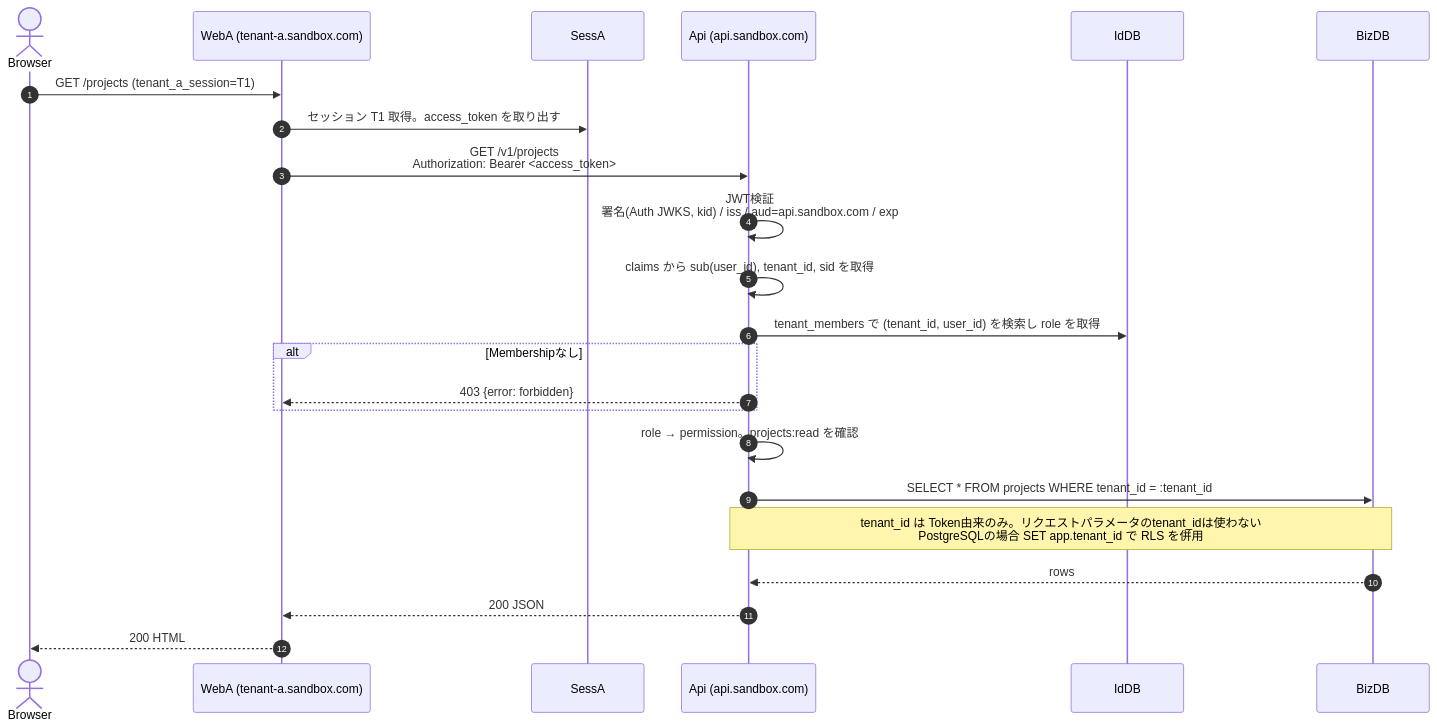
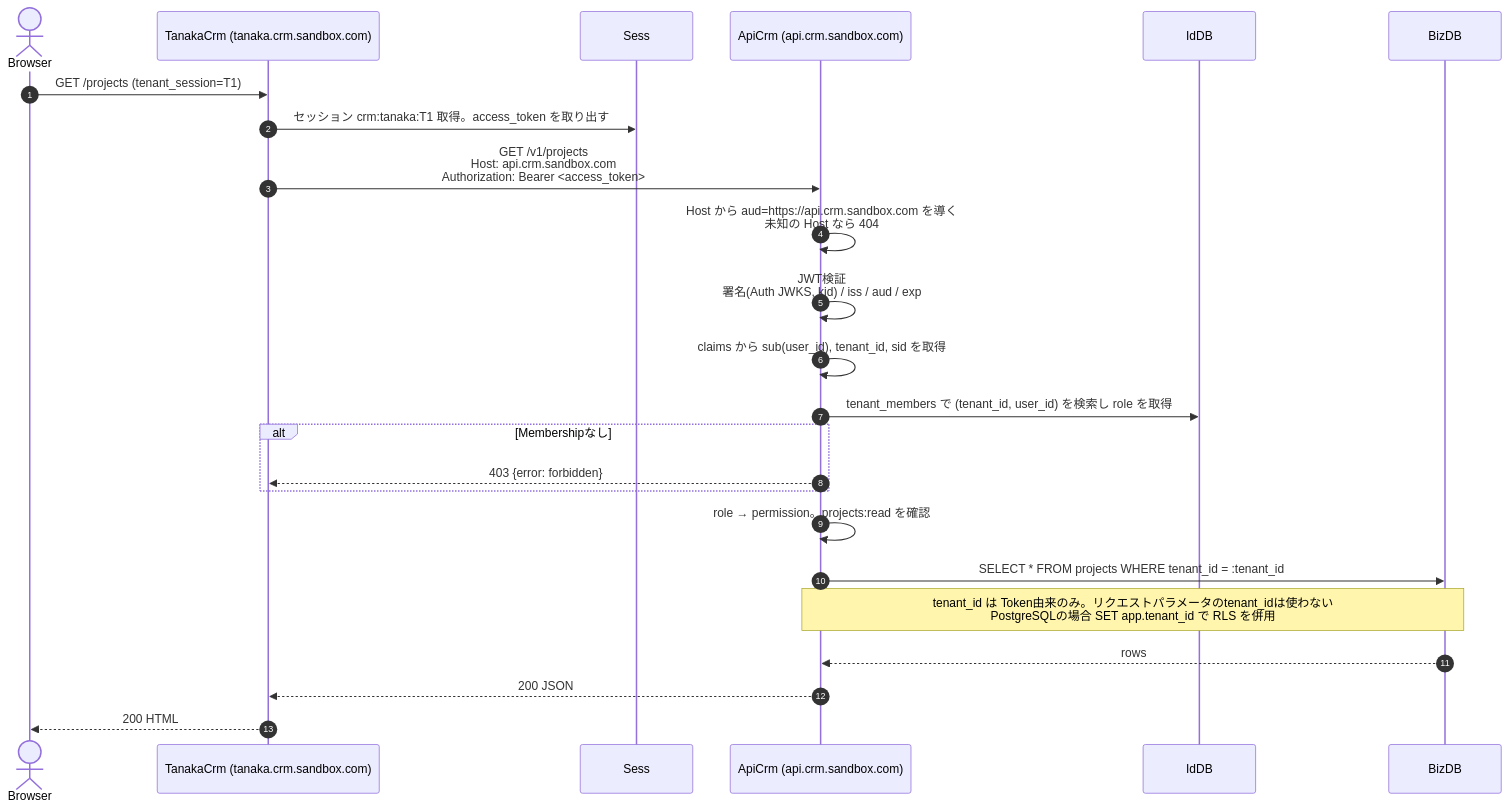
The eighth of 15 diagrams in docs/design/02-auth-sequences.md (daisuke-tanabe/multi-domain-sandbox), drawn with Mermaid before and after one commit. The commit also changed other lines of this file and 62 other files, not shown here.

````diff
--- a/docs/design/02-auth-sequences.md
+++ b/docs/design/02-auth-sequences.md
@@ -232,26 +309,27 @@
 ```mermaid
 sequenceDiagram
     autonumber
     actor Browser
-    participant WebA as WebA (tenant-a.sandbox.com)
-    participant SessA
-    participant Api as Api (api.sandbox.com)
+    participant TanakaCrm as TanakaCrm (tanaka.crm.sandbox.com)
+    participant Sess
+    participant ApiCrm as ApiCrm (api.crm.sandbox.com)
     participant IdDB
     participant BizDB
 
-    Browser->>WebA: GET /projects (tenant_a_session=T1)
-    WebA->>SessA: セッション T1 取得。access_token を取り出す
-    WebA->>Api: GET /v1/projects<br/>Authorization: Bearer <access_token>
-    Api->>Api: JWT検証<br/>署名(Auth JWKS, kid) / iss / aud=api.sandbox.com / exp
-    Api->>Api: claims から sub(user_id), tenant_id, sid を取得
-    Api->>IdDB: tenant_members で (tenant_id, user_id) を検索し role を取得
+    Browser->>TanakaCrm: GET /projects (tenant_session=T1)
+    TanakaCrm->>Sess: セッション crm:tanaka:T1 取得。access_token を取り出す
+    TanakaCrm->>ApiCrm: GET /v1/projects<br/>Host: api.crm.sandbox.com<br/>Authorization: Bearer <access_token>
+    ApiCrm->>ApiCrm: Host から aud=https://api.crm.sandbox.com を導く<br/>未知の Host なら 404
+    ApiCrm->>ApiCrm: JWT検証<br/>署名(Auth JWKS, kid) / iss / aud / exp
+    ApiCrm->>ApiCrm: claims から sub(user_id), tenant_id, sid を取得
+    ApiCrm->>IdDB: tenant_members で (tenant_id, user_id) を検索し role を取得
     alt Membershipなし
-        Api-->>WebA: 403 {error: forbidden}
+        ApiCrm-->>TanakaCrm: 403 {error: forbidden}
     end
-    Api->>Api: role → permission。projects:read を確認
-    Api->>BizDB: SELECT * FROM projects WHERE tenant_id = :tenant_id
-    Note over Api,BizDB: tenant_id は Token由来のみ。リクエストパラメータのtenant_idは使わない<br/>PostgreSQLの場合 SET app.tenant_id で RLS を併用
-    BizDB-->>Api: rows
-    Api-->>WebA: 200 JSON
-    WebA-->>Browser: 200 HTML
+    ApiCrm->>ApiCrm: role → permission。projects:read を確認
+    ApiCrm->>BizDB: SELECT * FROM projects WHERE tenant_id = :tenant_id
+    Note over ApiCrm,BizDB: tenant_id は Token由来のみ。リクエストパラメータのtenant_idは使わない<br/>PostgreSQLの場合 SET app.tenant_id で RLS を併用
+    BizDB-->>ApiCrm: rows
+    ApiCrm-->>TanakaCrm: 200 JSON
+    TanakaCrm-->>Browser: 200 HTML
 ```
````
